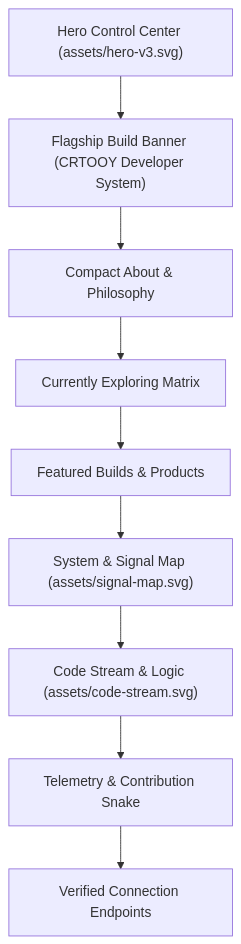
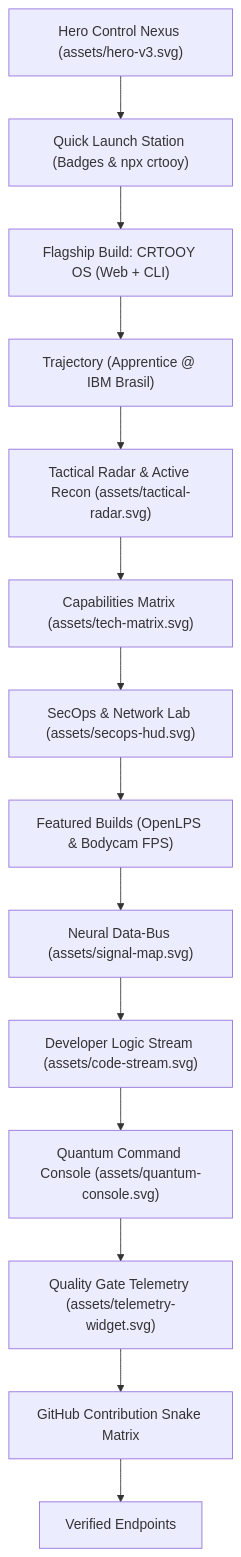
Before and after one commit to crtooy-codes/crtooy-codes: the diagram in PROFILE-V3-DESIGN.md, drawn with Mermaid. The commit also changed other lines of this file and 10 other files, not shown here.

Commit message:
feat(v4): elevate profile to Cyber-Quantum Command Nexus with tactical radar, quantum console, and upgraded telemetry

````diff
--- a/PROFILE-V3-DESIGN.md
+++ b/PROFILE-V3-DESIGN.md
@@ -11,21 +16,31 @@
 ```mermaid
 graph TD
-    Hero["Hero Control Center (assets/hero-v3.svg)"]
-    Flagship["Flagship Build Banner (CRTOOY Developer System)"]
-    About["Compact About & Philosophy"]
-    Exploring["Currently Exploring Matrix"]
-    Projects["Featured Builds & Products"]
-    SignalMap["System & Signal Map (assets/signal-map.svg)"]
-    CodeStream["Code Stream & Logic (assets/code-stream.svg)"]
-    Activity["Telemetry & Contribution Snake"]
-    Connect["Verified Connection Endpoints"]
+    Hero["Hero Control Nexus (assets/hero-v3.svg)"]
+    QuickLaunch["Quick Launch Station (Badges & npx crtooy)"]
+    Flagship["Flagship Build: CRTOOY OS (Web + CLI)"]
+    About["Trajectory (Apprentice @ IBM Brasil)"]
+    Radar["Tactical Radar & Active Recon (assets/tactical-radar.svg)"]
+    Matrix["Capabilities Matrix (assets/tech-matrix.svg)"]
+    SecOps["SecOps & Network Lab (assets/secops-hud.svg)"]
+    Featured["Featured Builds (OpenLPS & Bodycam FPS)"]
+    DataBus["Neural Data-Bus (assets/signal-map.svg)"]
+    CodeStream["Developer Logic Stream (assets/code-stream.svg)"]
+    Console["Quantum Command Console (assets/quantum-console.svg)"]
+    Telemetry["Quality Gate Telemetry (assets/telemetry-widget.svg)"]
+    Snake["GitHub Contribution Snake Matrix"]
+    Connect["Verified Endpoints"]
 
-    Hero --> Flagship
+    Hero --> QuickLaunch
+    QuickLaunch --> Flagship
     Flagship --> About
-    About --> Exploring
-    Exploring --> Projects
-    Projects --> SignalMap
-    SignalMap --> CodeStream
-    CodeStream --> Activity
-    Activity --> Connect
+    About --> Radar
+    Radar --> Matrix
+    Matrix --> SecOps
+    SecOps --> Featured
+    Featured --> DataBus
+    DataBus --> CodeStream
+    CodeStream --> Console
+    Console --> Telemetry
+    Telemetry --> Snake
+    Snake --> Connect
 ```
````
